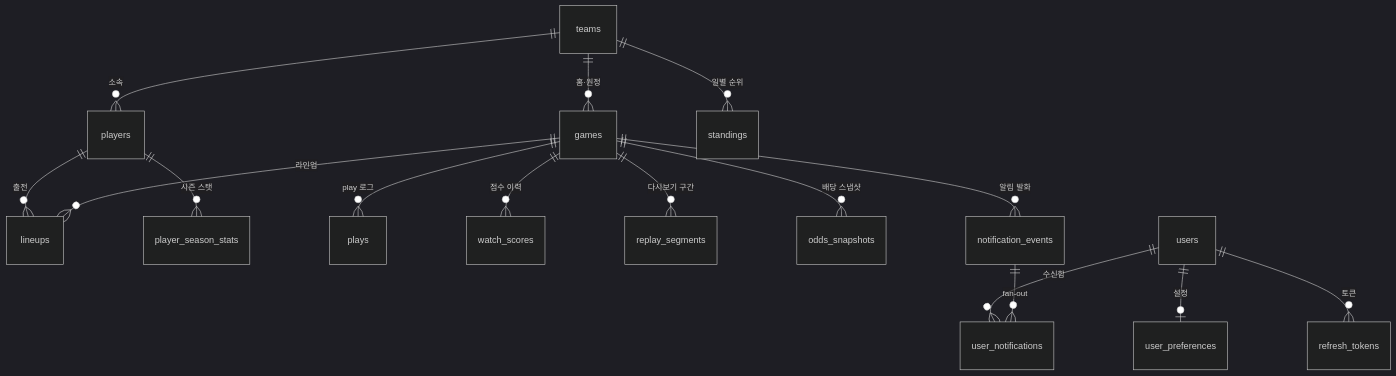
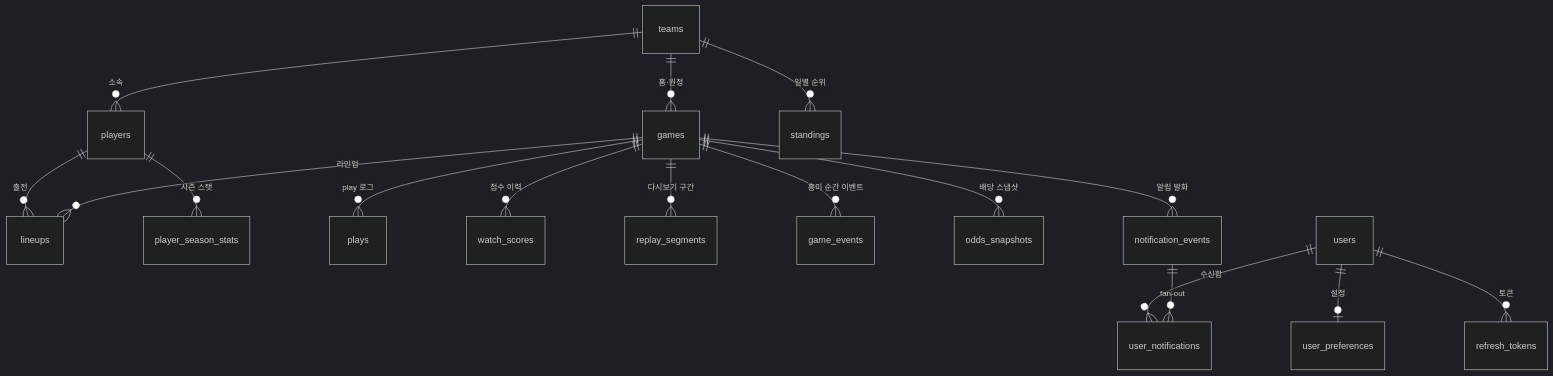
The diagram in docs/DB_SCHEMA.md (team-pulse-mlb/pulse-project), drawn with Mermaid (dark theme) before and after one commit. The commit also changed other lines of this file and 5 other files, not shown here.

````diff
--- a/docs/DB_SCHEMA.md
+++ b/docs/DB_SCHEMA.md
@@ -25,18 +25,19 @@
 ```mermaid
 erDiagram
     teams ||--o{ players : "소속"
     teams ||--o{ games : "홈·원정"
     teams ||--o{ standings : "일별 순위"
     players ||--o{ lineups : "출전"
     players ||--o{ player_season_stats : "시즌 스탯"
     games ||--o{ plays : "play 로그"
     games ||--o{ watch_scores : "점수 이력"
     games ||--o{ replay_segments : "다시보기 구간"
+    games ||--o{ game_events : "흥미 순간 이벤트"
     games ||--o{ lineups : "라인업"
     games ||--o{ odds_snapshots : "배당 스냅샷"
     games ||--o{ notification_events : "알림 발화"
     users ||--o| user_preferences : "설정"
     users ||--o{ refresh_tokens : "토큰"
     users ||--o{ user_notifications : "수신함"
     notification_events ||--o{ user_notifications : "fan-out"
 ```
````
